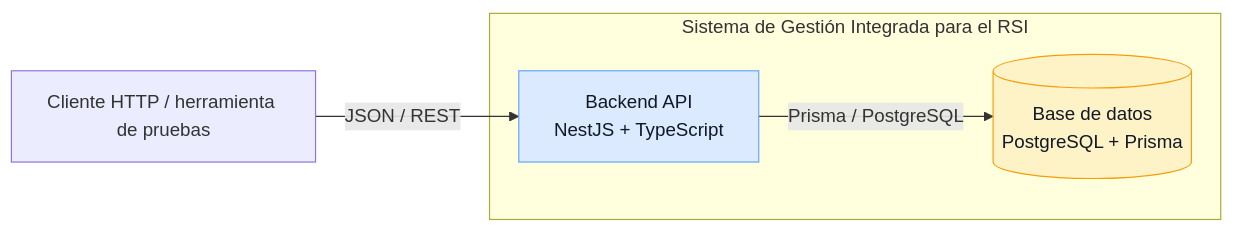
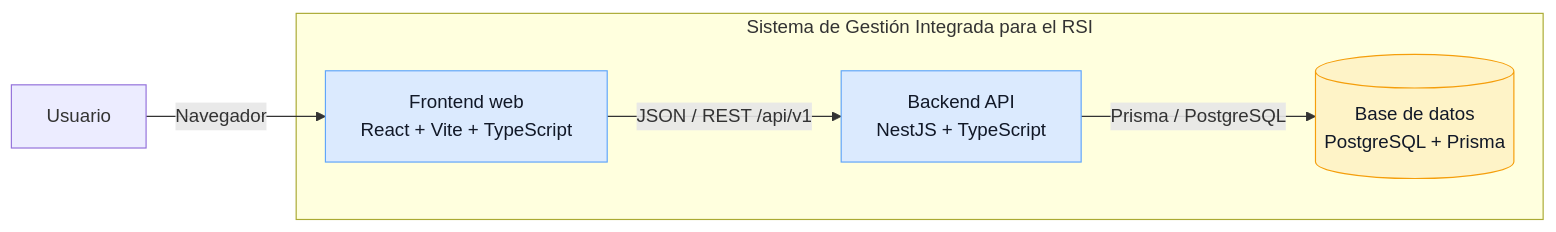
Before and after one commit to DieAndres/sistema-rsi: the second of 3 diagrams in docs/00-arquitectura.md, drawn with Mermaid. The commit also changed other lines of this file and 1 other file, not shown here.

````diff
--- a/docs/00-arquitectura.md
+++ b/docs/00-arquitectura.md
@@ -46,17 +47,20 @@
 ```mermaid
 flowchart LR
     Usuario[Usuario]
 
     subgraph Sistema[ Sistema de Gestión Integrada para el RSI ]
+        Frontend[Frontend web<br/>React + Vite + TypeScript]
         Backend[Backend API<br/>NestJS + TypeScript]
         BD[(Base de datos<br/>PostgreSQL + Prisma)]
     end
 
-    Usuario[Cliente HTTP / herramienta de pruebas] -->|JSON / REST| Backend
+    Usuario -->|Navegador| Frontend
+    Frontend -->|JSON / REST /api/v1| Backend
     Backend -->|Prisma / PostgreSQL| BD
 
     classDef app fill:#dbeafe,color:#111827,stroke:#60a5fa
     classDef data fill:#fef3c7,color:#111827,stroke:#f59e0b
+    class Frontend app
     class Backend app
     class BD data
 ```
````
